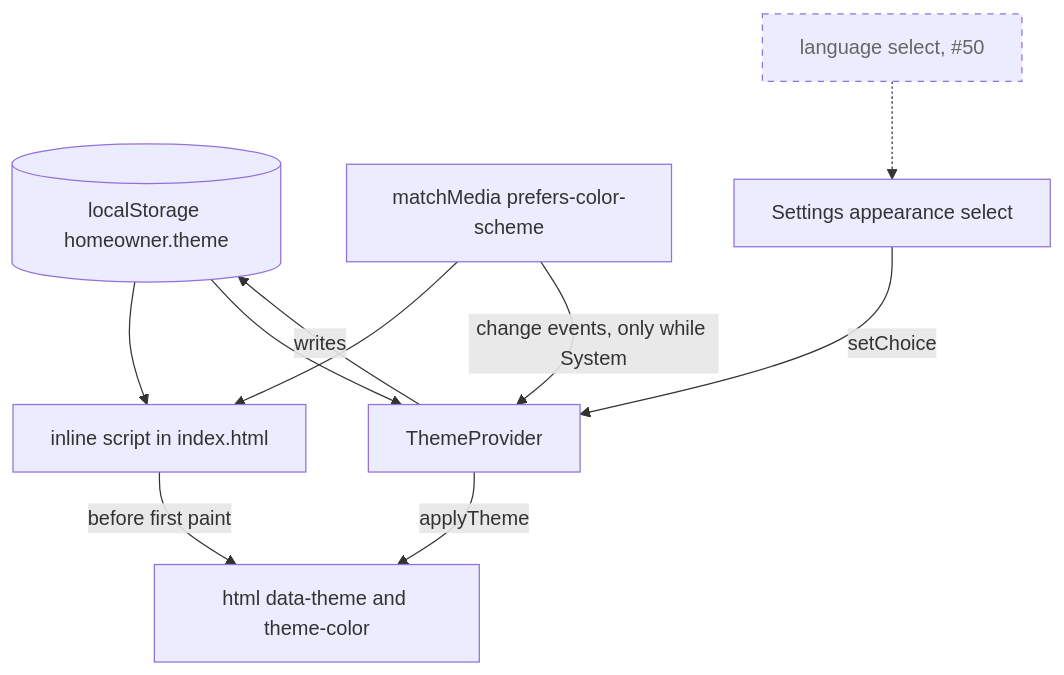
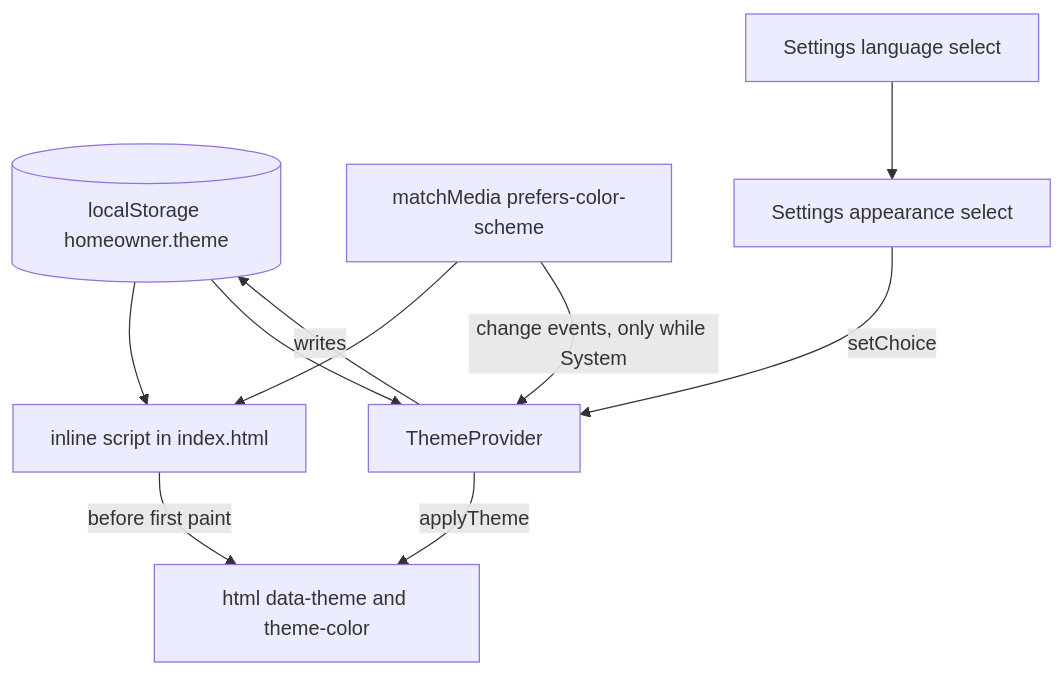
Before and after one commit to AbnerWillclefy/Homeowner: the second of 2 diagrams in docs/architecture/web.md, drawn with Mermaid. The commit also changed other lines of this file and 3 other files, not shown here.

````diff
--- a/docs/architecture/web.md
+++ b/docs/architecture/web.md
@@ -89,15 +103,12 @@
 ```mermaid
 flowchart TD
     SCRIPT[inline script in index.html] -->|before first paint| HTML[html data-theme and theme-color]
     STORE[(localStorage homeowner.theme)] --> SCRIPT
     STORE --> PROV[ThemeProvider]
     MM[matchMedia prefers-color-scheme] --> SCRIPT
     MM -->|change events, only while System| PROV
     PROV -->|applyTheme| HTML
     SET[Settings appearance select] -->|setChoice| PROV
     PROV -->|writes| STORE
-    LANG[language select, #50] -.-> SET
-
-    classDef planned stroke-dasharray: 5 5,color:#666
-    class LANG planned
+    LANG[Settings language select] --> SET
 ```
````
